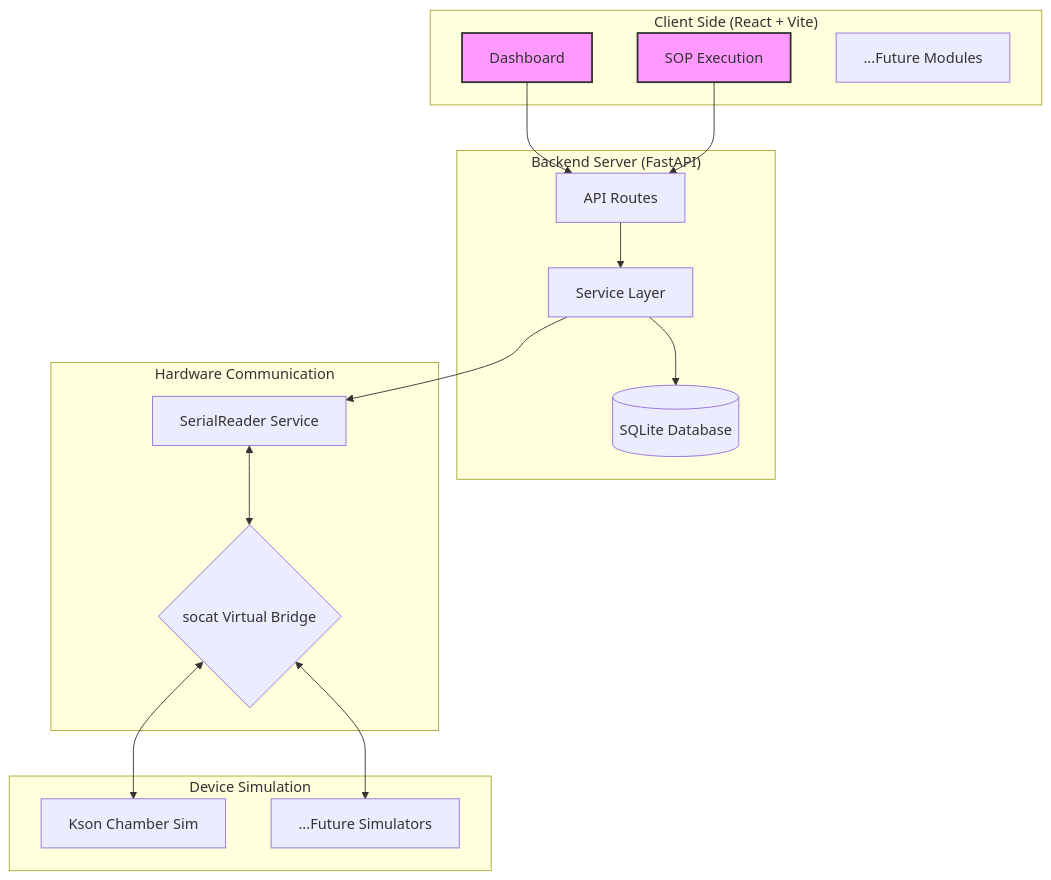
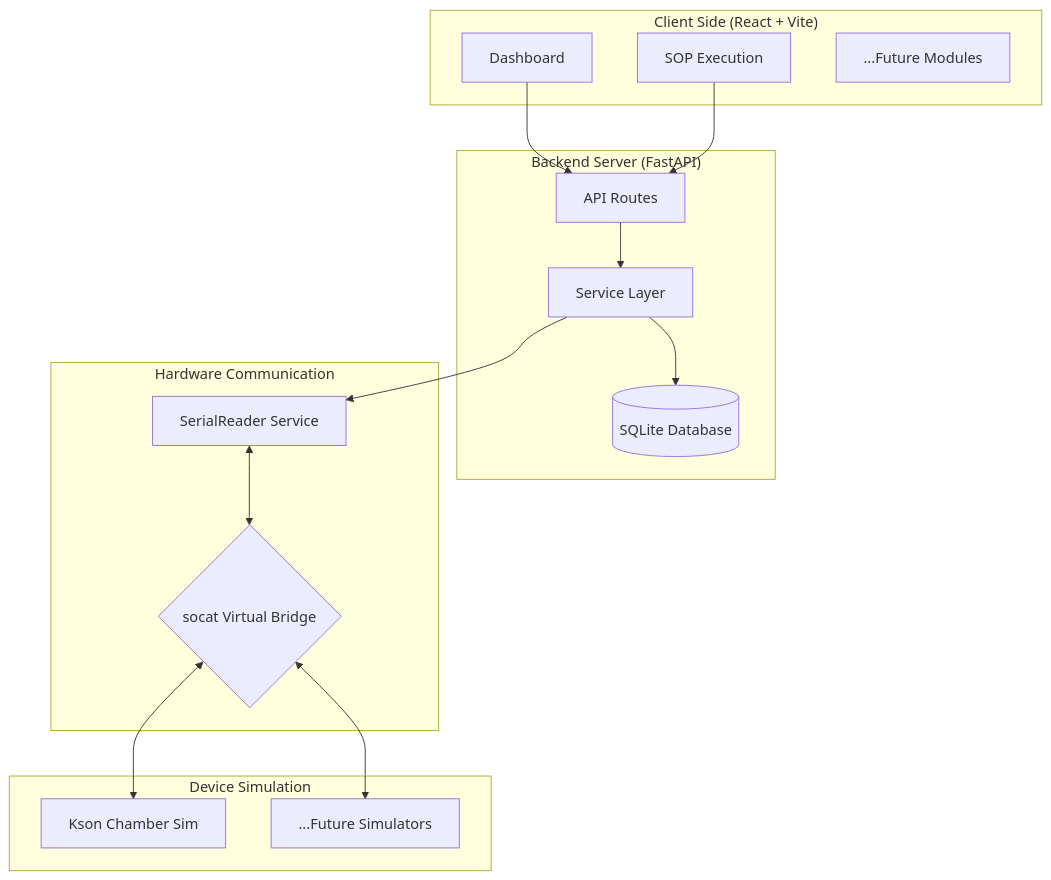
One commit to tsaishengsheng-sketch/dqa-lab-digital-twin changed the diagram in README.md. Above: the diagram before and after it, drawn with Mermaid.

Commit message:
docs: 完善 README，加入 Mermaid 架構圖與啟動說明

````diff
--- a/README.md
+++ b/README.md
@@ -15,33 +15,32 @@
 ```mermaid
 graph TD
     subgraph "Client Side (React + Vite)"
         A[Dashboard]
         B[SOP Execution]
         C[...Future Modules]
     end
-    style A fill:#f9f,stroke:#333,stroke-width:2px
-    style B fill:#f9f,stroke:#333,stroke-width:2px  
+  
     subgraph "Backend Server (FastAPI)"
         D[API Routes]
         E[Service Layer]
         F[(SQLite Database)]
         D --> E
         E --> F
     end
 
     subgraph "Hardware Communication"
         G[SerialReader Service]
         H{socat Virtual Bridge}
     end
 
     subgraph "Device Simulation"
         I[Kson Chamber Sim]
         J[...Future Simulators]
     end
 
     %% 連線關係
     A & B --> D
     E --> G
     G <--> H
     H <--> I & J
 ```
````
